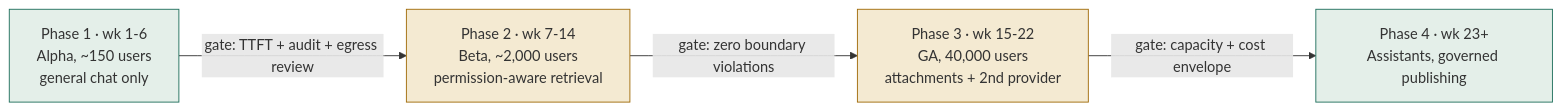
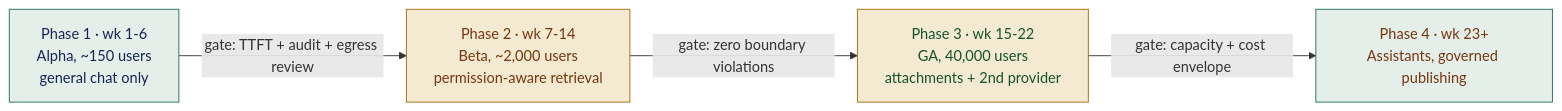
The first of 3 diagrams in 02_System_Design_Case_Studies/Standalone_Designs/26_Enterprise_Chatbot_Platform/3_Tutorial/26_Tutorial_Part_4.md (Sourav692/Forward-Deployed-Engineer-Interview-Prep), drawn with Mermaid before and after one commit. The commit also changed other lines of this file and 1268 other files, not shown here.

First line of the commit message:
content: polish Casebook writing and Mermaid diagrams (#251)

````diff
--- a/02_System_Design_Case_Studies/Standalone_Designs/26_Enterprise_Chatbot_Platform/3_Tutorial/26_Tutorial_Part_4.md
+++ b/02_System_Design_Case_Studies/Standalone_Designs/26_Enterprise_Chatbot_Platform/3_Tutorial/26_Tutorial_Part_4.md
@@ -23,11 +23,19 @@
 ```mermaid
 flowchart LR
     P1["Phase 1 · wk 1-6\nAlpha, ~150 users\ngeneral chat only"] -->|"gate: TTFT + audit + egress review"| P2["Phase 2 · wk 7-14\nBeta, ~2,000 users\npermission-aware retrieval"]
     P2 -->|"gate: zero boundary violations"| P3["Phase 3 · wk 15-22\nGA, 40,000 users\nattachments + 2nd provider"]
     P3 -->|"gate: capacity + cost envelope"| P4["Phase 4 · wk 23+\nAssistants, governed publishing"]
 
     style P1 fill:#e4efe9,stroke:#1f6f5c
     style P2 fill:#f4ead2,stroke:#a06a08
     style P3 fill:#f4ead2,stroke:#a06a08
     style P4 fill:#e4efe9,stroke:#1f6f5c
+
+    %% Casebook colours: entry, reasoning, results, controls, and stopped paths.
+    classDef cbInput fill:#dbeafe,stroke:#2563eb,color:#172554
+    class P1 cbInput
+    classDef cbPolicy fill:#fef3c7,stroke:#b45309,color:#78350f
+    class P2,P4 cbPolicy
+    classDef cbAction fill:#dcfce7,stroke:#15803d,color:#14532d
+    class P3 cbAction
 ```
````
